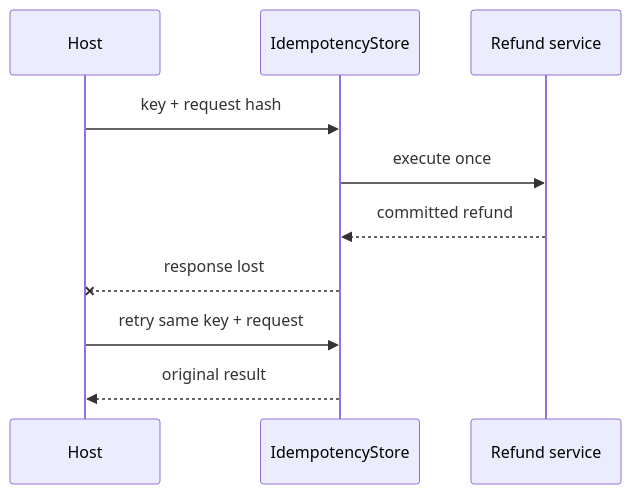
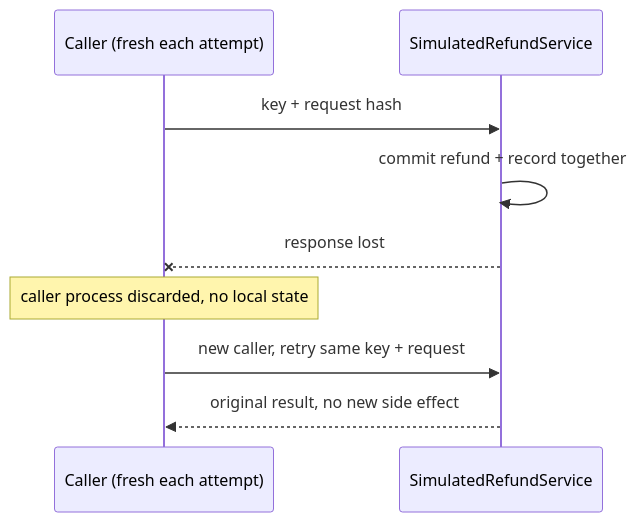
Before and after one commit to arst/agentic-patterns: the diagram in PatternExplorer/patterns/IdempotentToolCalls.md, drawn with Mermaid. The commit also changed other lines of this file and 6 other files, not shown here.

First line of the commit message:
fix(idempotency): move deduplication to the side-effect owner

````diff
--- a/PatternExplorer/patterns/IdempotentToolCalls.md
+++ b/PatternExplorer/patterns/IdempotentToolCalls.md
@@ -36,12 +43,11 @@
 ```mermaid
 sequenceDiagram
-    participant H as Host
-    participant I as IdempotencyStore
-    participant R as Refund service
-    H->>I: key + request hash
-    I->>R: execute once
-    R-->>I: committed refund
-    I--xH: response lost
-    H->>I: retry same key + request
-    I-->>H: original result
+    participant C as Caller (fresh each attempt)
+    participant S as SimulatedRefundService
+    C->>S: key + request hash
+    S->>S: commit refund + record together
+    S--xC: response lost
+    Note over C: caller process discarded, no local state
+    C->>S: new caller, retry same key + request
+    S-->>C: original result, no new side effect
 ```
````
